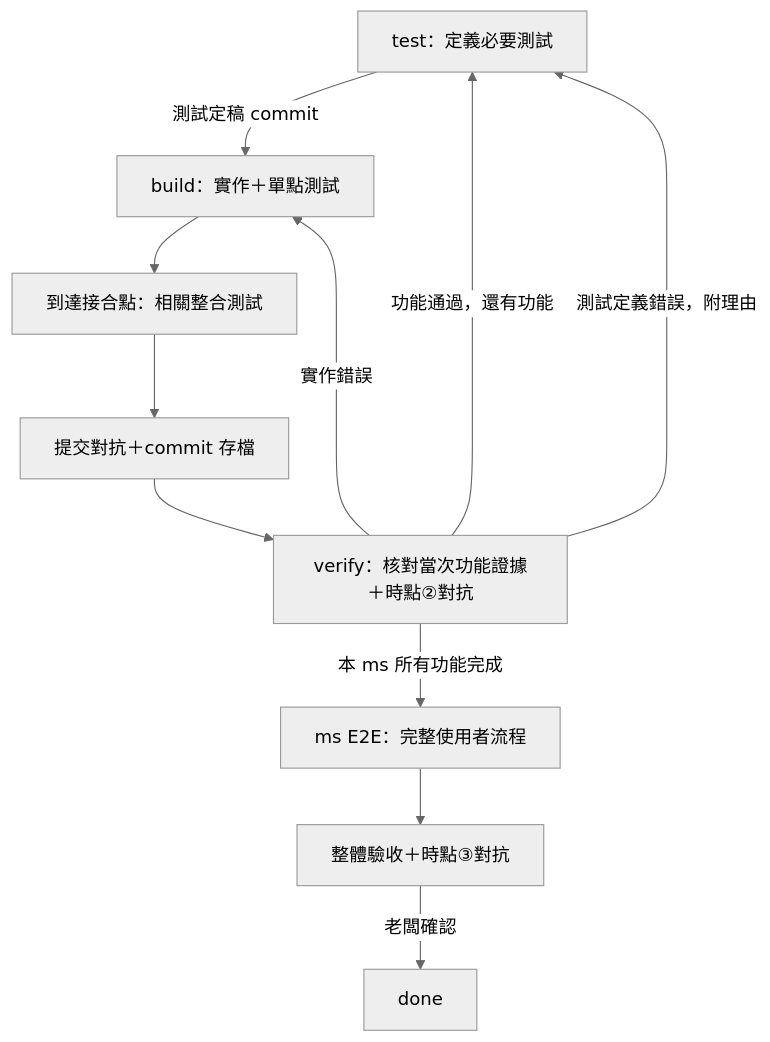
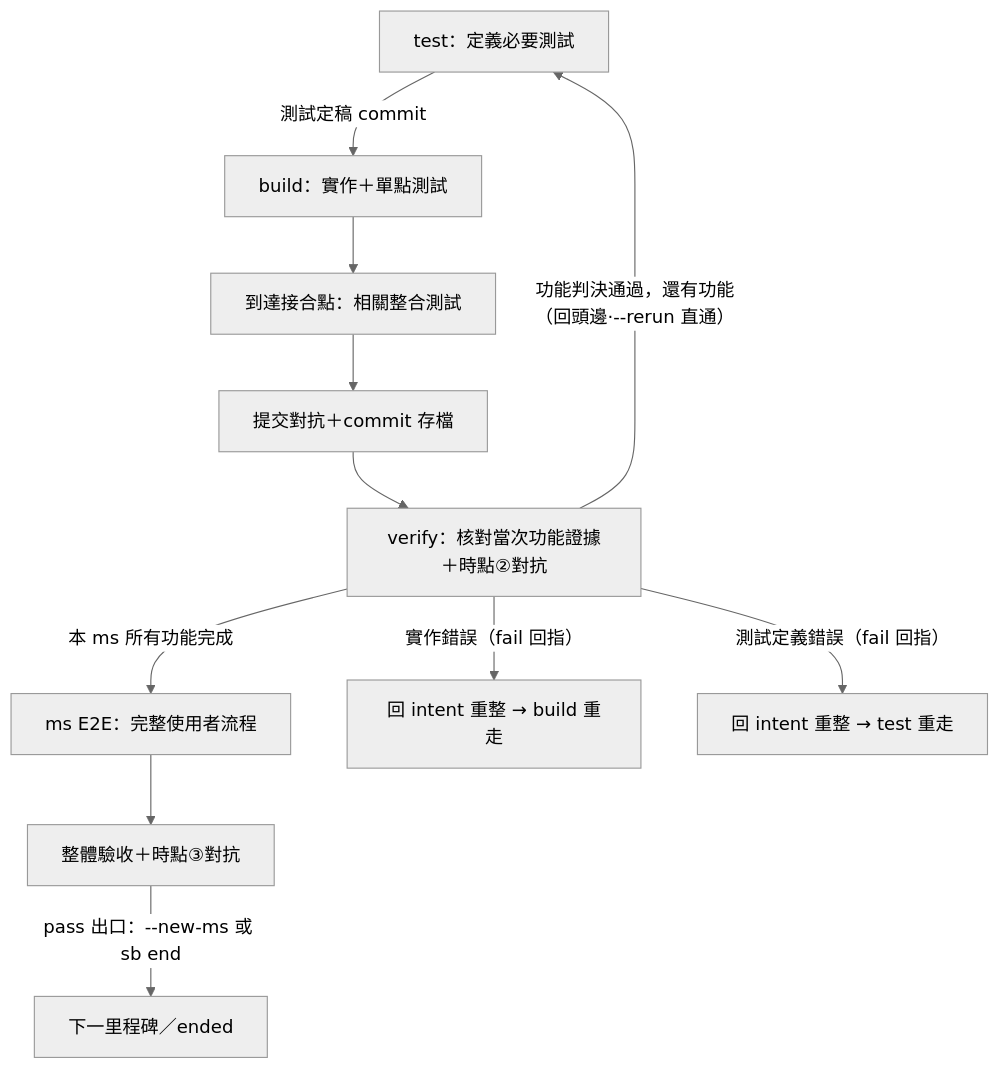
One commit to teps3105/shiftblame changed the seventh of 8 diagrams in skills/shiftblame/SKILL.md. Above: the diagram before and after it, drawn with Mermaid (neutral theme). The commit also changed other lines of this file and 24 other files, not shown here.

````diff
--- a/skills/shiftblame/SKILL.md
+++ b/skills/shiftblame/SKILL.md
@@ -331,13 +340,13 @@
 ```mermaid
 flowchart TB
     TST["test：定義必要測試"] -->|測試定稿 commit| DEV["build：實作＋單點測試"]
     DEV --> INT["到達接合點：相關整合測試"]
     INT --> Commit["提交對抗＋commit 存檔"]
     Commit --> ACC["verify：核對當次功能證據＋時點②對抗"]
-    ACC -->|功能通過，還有功能| TST
+    ACC -->|功能判決通過，還有功能<br>（回頭邊·--rerun 直通）| TST
     ACC -->|本 ms 所有功能完成| E2E["ms E2E：完整使用者流程"]
     E2E --> MS["整體驗收＋時點③對抗"]
-    MS -->|老闆確認| Done["done"]
-    ACC -->|實作錯誤| DEV
-    ACC -->|測試定義錯誤，附理由| TST
+    MS -->|pass 出口：--new-ms 或 sb end| OUT["下一里程碑／ended"]
+    ACC -->|實作錯誤（fail 回指）| DEV2["回 intent 重整 → build 重走"]
+    ACC -->|測試定義錯誤（fail 回指）| TST2["回 intent 重整 → test 重走"]
 ```
````
